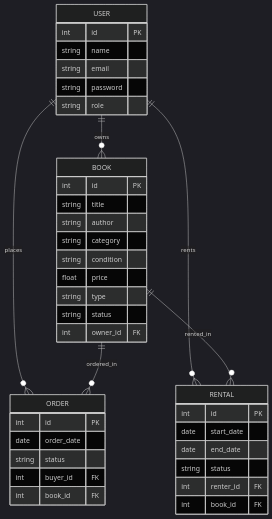
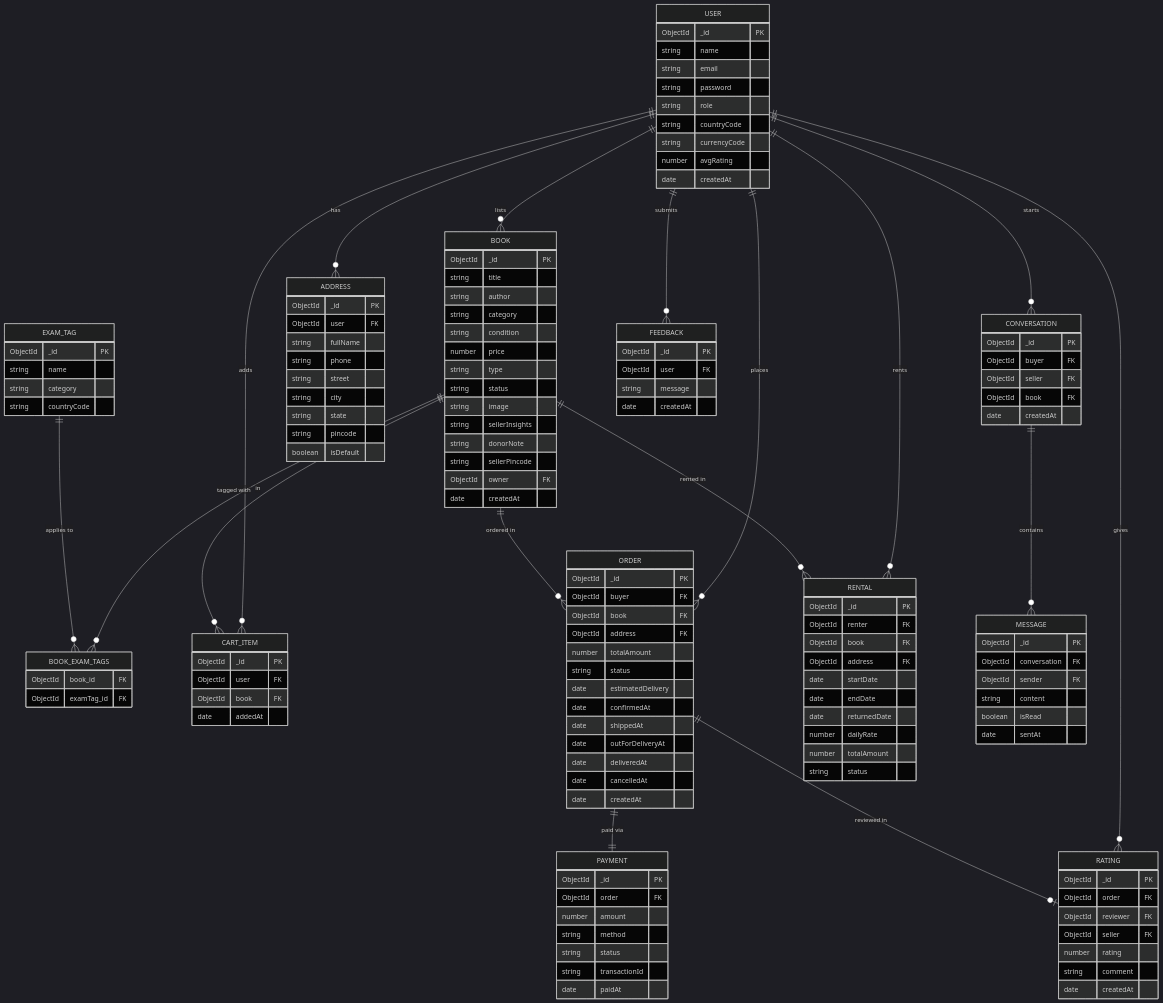
One commit to tanu9979/SESD_project changed the diagram in ErDiagram.md. Above: the diagram before and after it, drawn with Mermaid (dark theme). The commit also changed other lines of this file, not shown here.

Commit message:
docs: update ER diagram with all 12 entities and foreign key relationships

````diff
--- a/ErDiagram.md
+++ b/ErDiagram.md
@@ -1,46 +3,157 @@
 ```mermaid
 erDiagram
 
-USER {
-  int id PK
-  string name
-  string email
-  string password
-  string role
-}
+    USER {
+        ObjectId _id PK
+        string name
+        string email
+        string password
+        string role
+        string countryCode
+        string currencyCode
+        number avgRating
+        date createdAt
+    }
 
-BOOK {
-  int id PK
-  string title
-  string author
-  string category
-  string condition
-  float price
-  string type
-  string status
-  int owner_id FK
-}
+    BOOK {
+        ObjectId _id PK
+        string title
+        string author
+        string category
+        string condition
+        number price
+        string type
+        string status
+        string image
+        string sellerInsights
+        string donorNote
+        string sellerPincode
+        ObjectId owner FK
+        date createdAt
+    }
 
-ORDER {
-  int id PK
-  date order_date
-  string status
-  int buyer_id FK
-  int book_id FK
-}
+    EXAM_TAG {
+        ObjectId _id PK
+        string name
+        string category
+        string countryCode
+    }
 
-RENTAL {
-  int id PK
-  date start_date
-  date end_date
-  string status
-  int renter_id FK
-  int book_id FK
-}
+    BOOK_EXAM_TAGS {
+        ObjectId book_id FK
+        ObjectId examTag_id FK
+    }
 
-USER ||--o{ BOOK : owns
-USER ||--o{ ORDER : places
-USER ||--o{ RENTAL : rents
-BOOK ||--o{ ORDER : ordered_in
-BOOK ||--o{ RENTAL : rented_in
+    ADDRESS {
+        ObjectId _id PK
+        ObjectId user FK
+        string fullName
+        string phone
+        string street
+        string city
+        string state
+        string pincode
+        boolean isDefault
+    }
+
+    CART_ITEM {
+        ObjectId _id PK
+        ObjectId user FK
+        ObjectId book FK
+        date addedAt
+    }
+
+    ORDER {
+        ObjectId _id PK
+        ObjectId buyer FK
+        ObjectId book FK
+        ObjectId address FK
+        number totalAmount
+        string status
+        date estimatedDelivery
+        date confirmedAt
+        date shippedAt
+        date outForDeliveryAt
+        date deliveredAt
+        date cancelledAt
+        date createdAt
+    }
+
+    PAYMENT {
+        ObjectId _id PK
+        ObjectId order FK
+        number amount
+        string method
+        string status
+        string transactionId
+        date paidAt
+    }
+
+    RENTAL {
+        ObjectId _id PK
+        ObjectId renter FK
+        ObjectId book FK
+        ObjectId address FK
+        date startDate
+        date endDate
+        date returnedDate
+        number dailyRate
+        number totalAmount
+        string status
+    }
+
+    RATING {
+        ObjectId _id PK
+        ObjectId order FK
+        ObjectId reviewer FK
+        ObjectId seller FK
+        number rating
+        string comment
+        date createdAt
+    }
+
+    CONVERSATION {
+        ObjectId _id PK
+        ObjectId buyer FK
+        ObjectId seller FK
+        ObjectId book FK
+        date createdAt
+    }
+
+    MESSAGE {
+        ObjectId _id PK
+        ObjectId conversation FK
+        ObjectId sender FK
+        string content
+        boolean isRead
+        date sentAt
+    }
+
+    FEEDBACK {
+        ObjectId _id PK
+        ObjectId user FK
+        string message
+        date createdAt
+    }
+
+    USER ||--o{ BOOK : "lists"
+    USER ||--o{ ADDRESS : "has"
+    USER ||--o{ CART_ITEM : "adds"
+    USER ||--o{ ORDER : "places"
+    USER ||--o{ RENTAL : "rents"
+    USER ||--o{ RATING : "gives"
+    USER ||--o{ CONVERSATION : "starts"
+    USER ||--o{ FEEDBACK : "submits"
+
+    BOOK ||--o{ CART_ITEM : "in"
+    BOOK ||--o{ ORDER : "ordered in"
+    BOOK ||--o{ RENTAL : "rented in"
+    BOOK ||--o{ BOOK_EXAM_TAGS : "tagged with"
+
+    EXAM_TAG ||--o{ BOOK_EXAM_TAGS : "applies to"
+
+    ORDER ||--|| PAYMENT : "paid via"
+    ORDER ||--o| RATING : "reviewed in"
+
+    CONVERSATION ||--o{ MESSAGE : "contains"
 ```
````
